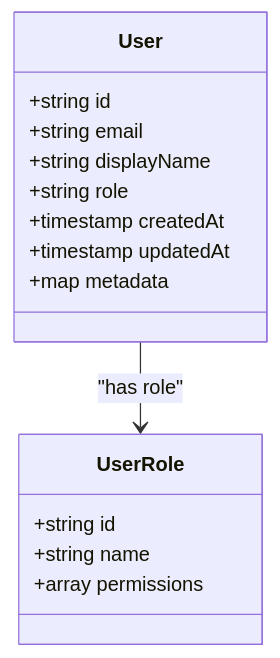
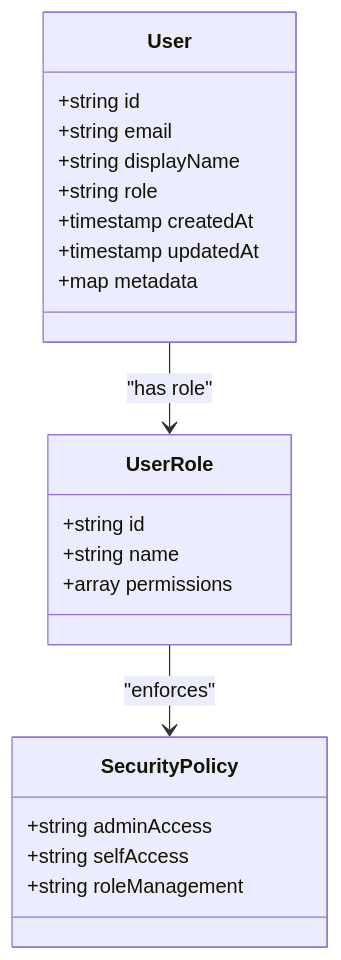
One commit to ngothanhtung/claude-code-shadcn-dashboard changed the third of 10 diagrams in .qoder/repowiki/en/content/Database Schema.md. Above: the diagram before and after it, drawn with Mermaid. The commit also changed other lines of this file and 165 other files, not shown here.

````diff
--- a/.qoder/repowiki/en/content/Database Schema.md
+++ b/.qoder/repowiki/en/content/Database Schema.md
@@ -131,18 +142,24 @@
 ```mermaid
 classDiagram
 class User {
 +string id
 +string email
 +string displayName
 +string role
 +timestamp createdAt
 +timestamp updatedAt
 +map metadata
 }
 class UserRole {
 +string id
 +string name
 +array permissions
 }
 User --> UserRole : "has role"
+class SecurityPolicy {
++string adminAccess
++string selfAccess
++string roleManagement
+}
+UserRole --> SecurityPolicy : "enforces"
 ```
````
